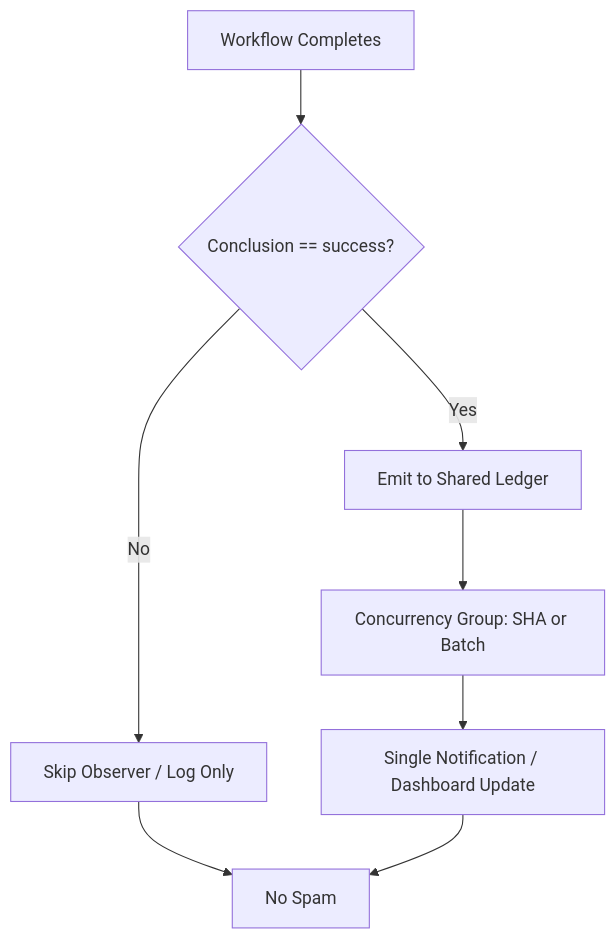
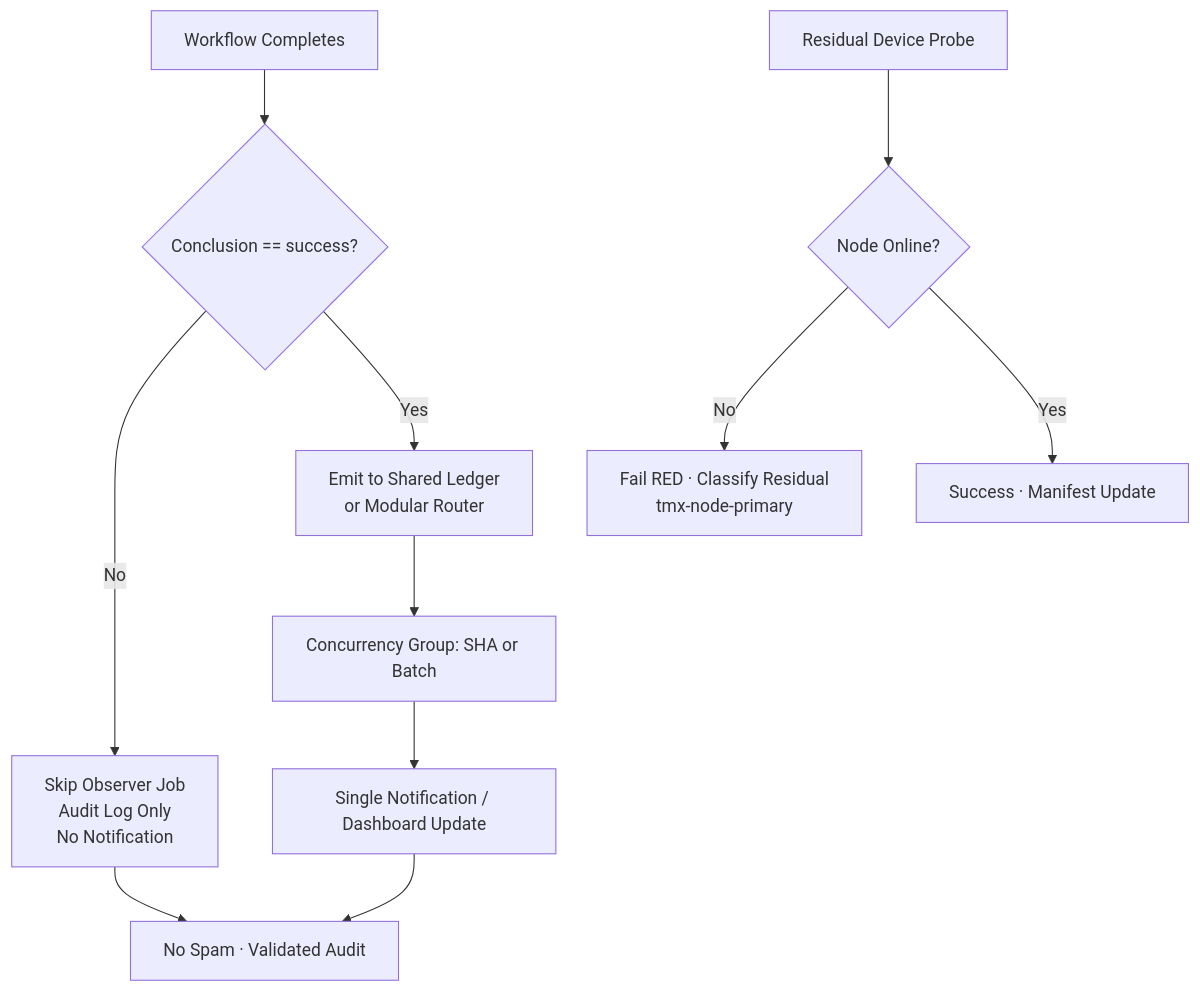
The diagram in docs/ops/ACTIONS-MATRIX.md (timerloggedout-spec/termux-monorepo), drawn with Mermaid before and after one commit. The commit also changed other lines of this file, not shown here.

First line of the commit message:
ops(matrix): recon 2026-10-23T03:00Z master tip a1057981 + probe residual classified + cadence/cache telemetry expansion

````diff
--- a/docs/ops/ACTIONS-MATRIX.md
+++ b/docs/ops/ACTIONS-MATRIX.md
@@ -44,10 +44,13 @@
 ```mermaid
 flowchart TD
     A[Workflow Completes] --> B{Conclusion == success?}
-    B -->|No| C[Skip Observer / Log Only]
-    B -->|Yes| D[Emit to Shared Ledger]
+    B -->|No| C[Skip Observer Job<br/>Audit Log Only<br/>No Notification]
+    B -->|Yes| D[Emit to Shared Ledger<br/>or Modular Router]
     D --> E[Concurrency Group: SHA or Batch]
     E --> F[Single Notification / Dashboard Update]
-    C --> G[No Spam]
+    C --> G[No Spam · Validated Audit]
     F --> G
+    H[Residual Device Probe] --> I{Node Online?}
+    I -->|No| J[Fail RED · Classify Residual<br/>tmx-node-primary]
+    I -->|Yes| K[Success · Manifest Update]
 ```
````
